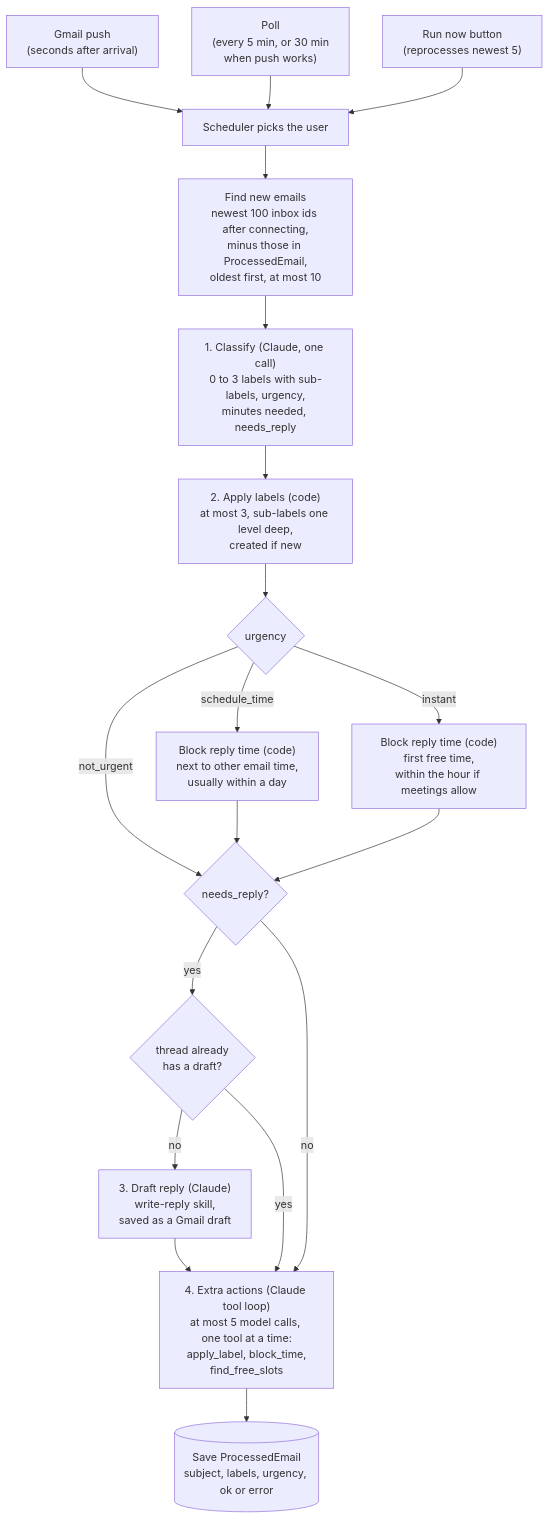
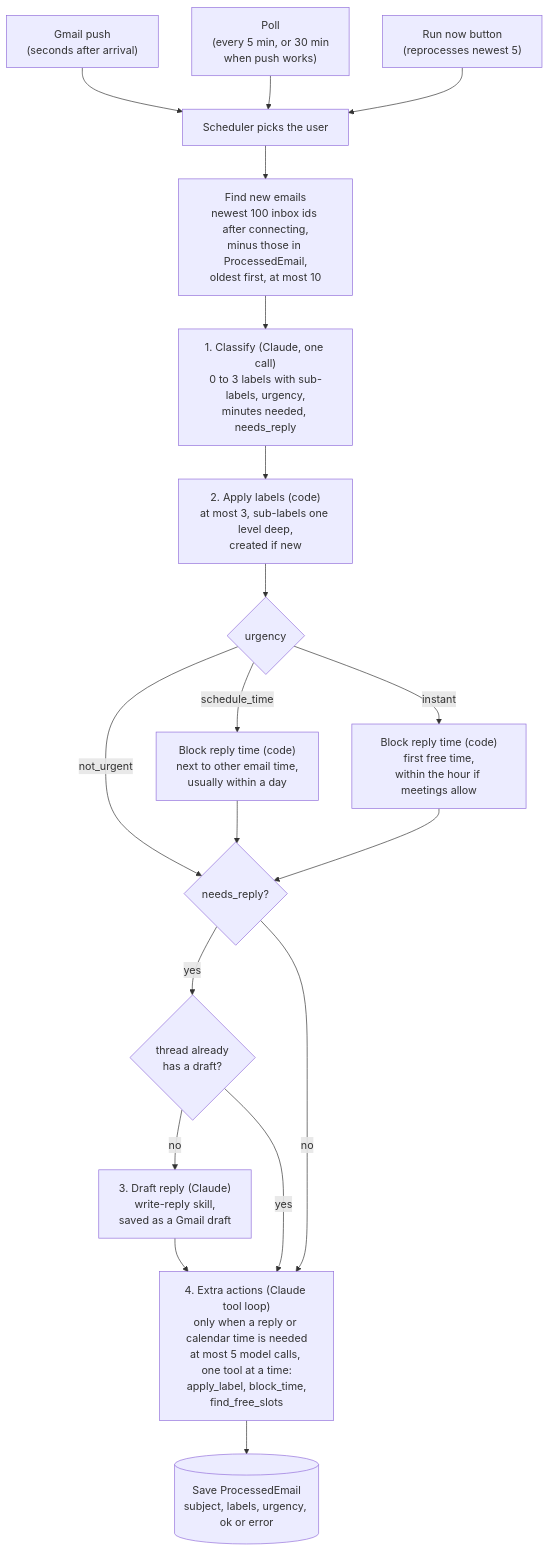
One commit to Ryancg3/email-agent-hack-2026 changed the second of 7 diagrams in docs/system-design.md. Above: the diagram before and after it, drawn with Mermaid. The commit also changed other lines of this file and 24 other files, not shown here.

````diff
--- a/docs/system-design.md
+++ b/docs/system-design.md
@@ -82,21 +82,21 @@
 ```mermaid
 flowchart TD
     T1["Gmail push<br/>(seconds after arrival)"] --> PICK
     T2["Poll<br/>(every 5 min, or 30 min<br/>when push works)"] --> PICK
     T3["Run now button<br/>(reprocesses newest 5)"] --> PICK
 
     PICK["Scheduler picks the user"] --> FIND["Find new emails<br/>newest 100 inbox ids after connecting,<br/>minus those in ProcessedEmail,<br/>oldest first, at most 10"]
     FIND --> CLS["1. Classify (Claude, one call)<br/>0 to 3 labels with sub-labels, urgency,<br/>minutes needed, needs_reply"]
     CLS --> LBL["2. Apply labels (code)<br/>at most 3, sub-labels one level deep,<br/>created if new"]
     LBL --> URG{"urgency"}
     URG -- "not_urgent" --> NR
     URG -- "schedule_time" --> BLK["Block reply time (code)<br/>next to other email time,<br/>usually within a day"] --> NR
     URG -- "instant" --> BLKU["Block reply time (code)<br/>first free time,<br/>within the hour if meetings allow"] --> NR
     NR{"needs_reply?"}
     NR -- "yes" --> HAS{"thread already<br/>has a draft?"}
     HAS -- "no" --> DRF["3. Draft reply (Claude)<br/>write-reply skill,<br/>saved as a Gmail draft"] --> ACT
     HAS -- "yes" --> ACT
     NR -- "no" --> ACT
-    ACT["4. Extra actions (Claude tool loop)<br/>at most 5 model calls, one tool at a time:<br/>apply_label, block_time,<br/>find_free_slots"]
+    ACT["4. Extra actions (Claude tool loop)<br/>only when a reply or calendar time is needed<br/>at most 5 model calls, one tool at a time:<br/>apply_label, block_time,<br/>find_free_slots"]
     ACT --> SAVE[("Save ProcessedEmail<br/>subject, labels, urgency, ok or error")]
 ```
````
